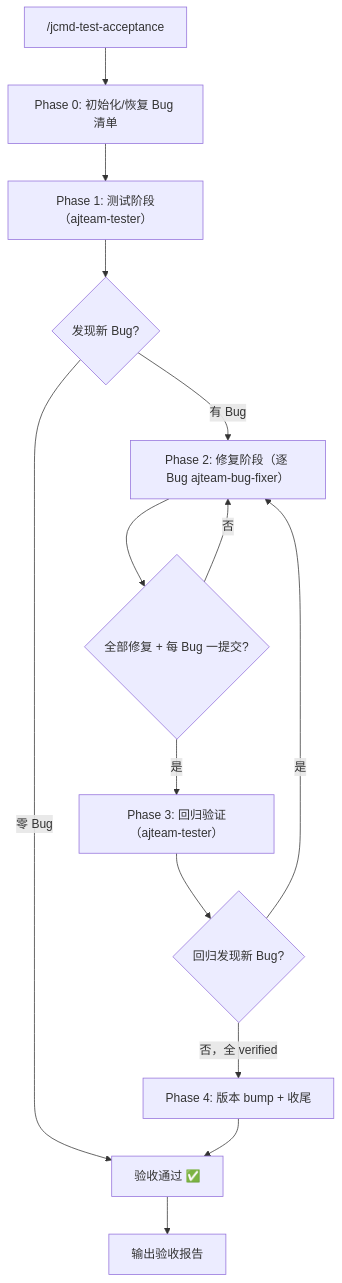
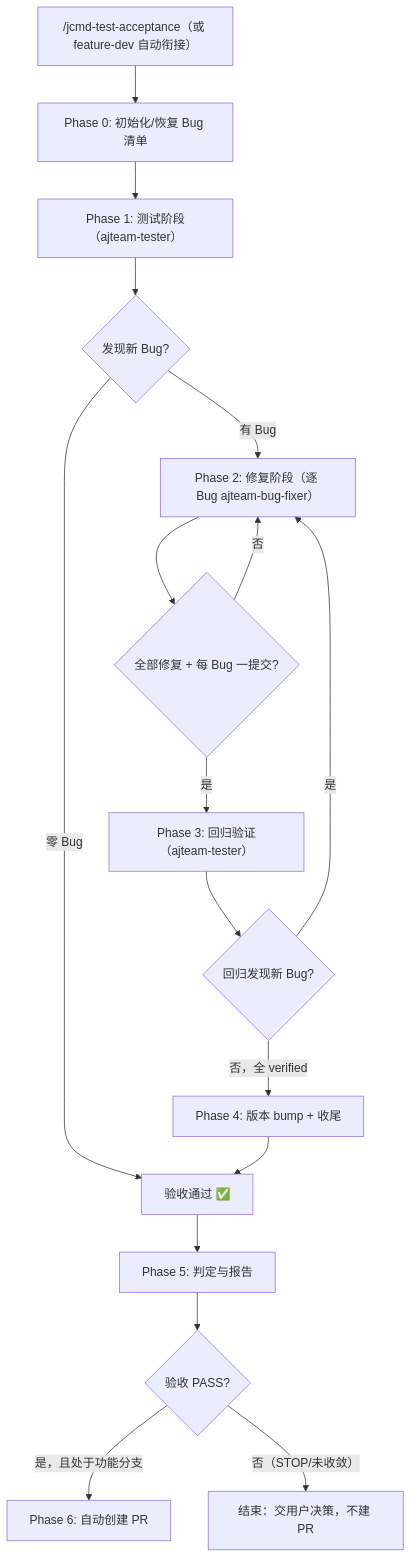
The diagram in .claude/skills/jskill-test-acceptance/SKILL.md (JeillZhang/agentj), drawn with Mermaid before and after one commit. The commit also changed other lines of this file and 4 other files, not shown here.

First line of the commit message:
docs: chain test acceptance + auto PR after feature-dev

````diff
--- a/.claude/skills/jskill-test-acceptance/SKILL.md
+++ b/.claude/skills/jskill-test-acceptance/SKILL.md
@@ -18,16 +18,19 @@
 ```mermaid
 flowchart TB
-    A["/jcmd-test-acceptance"] --> B["Phase 0: 初始化/恢复 Bug 清单"]
+    A["/jcmd-test-acceptance（或 feature-dev 自动衔接）"] --> B["Phase 0: 初始化/恢复 Bug 清单"]
     B --> C["Phase 1: 测试阶段（ajteam-tester）"]
     C --> D{"发现新 Bug?"}
     D -- "零 Bug" --> Z["验收通过 ✅"]
     D -- "有 Bug" --> E["Phase 2: 修复阶段（逐 Bug ajteam-bug-fixer）"]
     E --> F{"全部修复 + 每 Bug 一提交?"}
     F -- "否" --> E
     F -- "是" --> G["Phase 3: 回归验证（ajteam-tester）"]
     G --> H{"回归发现新 Bug?"}
     H -- "是" --> E
     H -- "否，全 verified" --> I["Phase 4: 版本 bump + 收尾"]
     I --> Z
-    Z --> J["输出验收报告"]
+    Z --> J["Phase 5: 判定与报告"]
+    J --> K{"验收 PASS?"}
+    K -- "是，且处于功能分支" --> M["Phase 6: 自动创建 PR"]
+    K -- "否（STOP/未收敛）" --> L["结束：交用户决策，不建 PR"]
 ```
````
